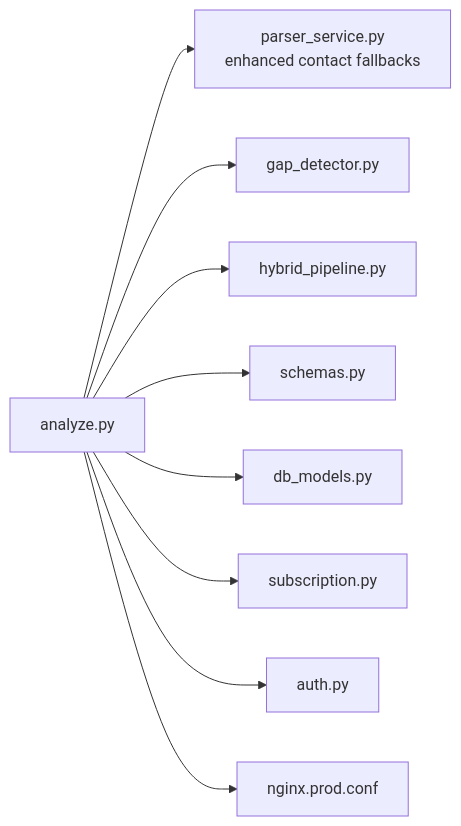
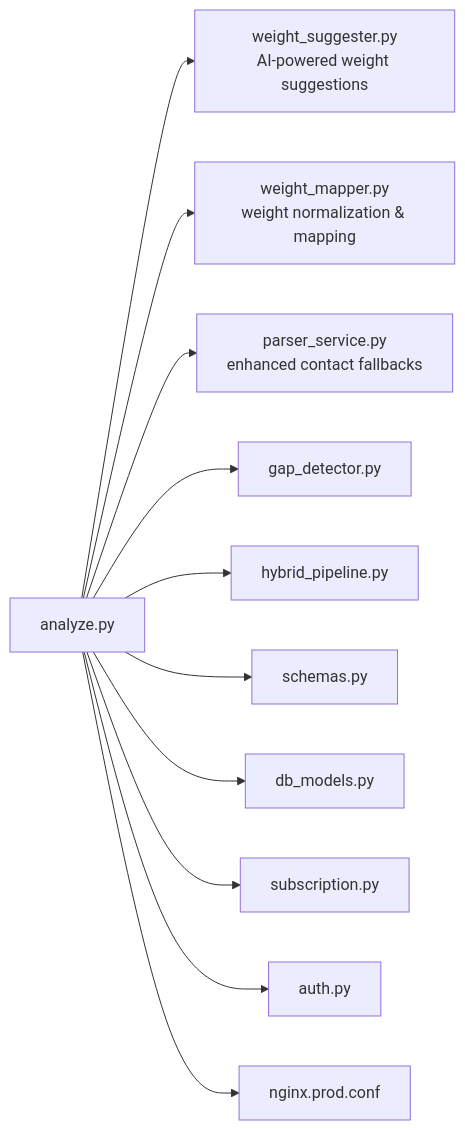
One commit to Revanththetalogics/aireume changed the third of 3 diagrams in .qoder/repowiki/en/content/API Reference/Analysis Endpoints/Analysis Endpoints.md. Above: the diagram before and after it, drawn with Mermaid. The commit also changed other lines of this file and 2 other files, not shown here.

````diff
--- a/.qoder/repowiki/en/content/API Reference/Analysis Endpoints/Analysis Endpoints.md
+++ b/.qoder/repowiki/en/content/API Reference/Analysis Endpoints/Analysis Endpoints.md
@@ -410,20 +484,24 @@
 ```mermaid
 graph LR
 A["analyze.py"]
+WS["weight_suggester.py<br/>AI-powered weight suggestions"]
+WM["weight_mapper.py<br/>weight normalization & mapping"]
 P["parser_service.py<br/>enhanced contact fallbacks"]
 G["gap_detector.py"]
 H["hybrid_pipeline.py"]
 S["schemas.py"]
 M["db_models.py"]
 U["subscription.py"]
 T["auth.py"]
 N["nginx.prod.conf"]
+A --> WS
+A --> WM
 A --> P
 A --> G
 A --> H
 A --> S
 A --> M
 A --> U
 A --> T
 A --> N
 ```
````
